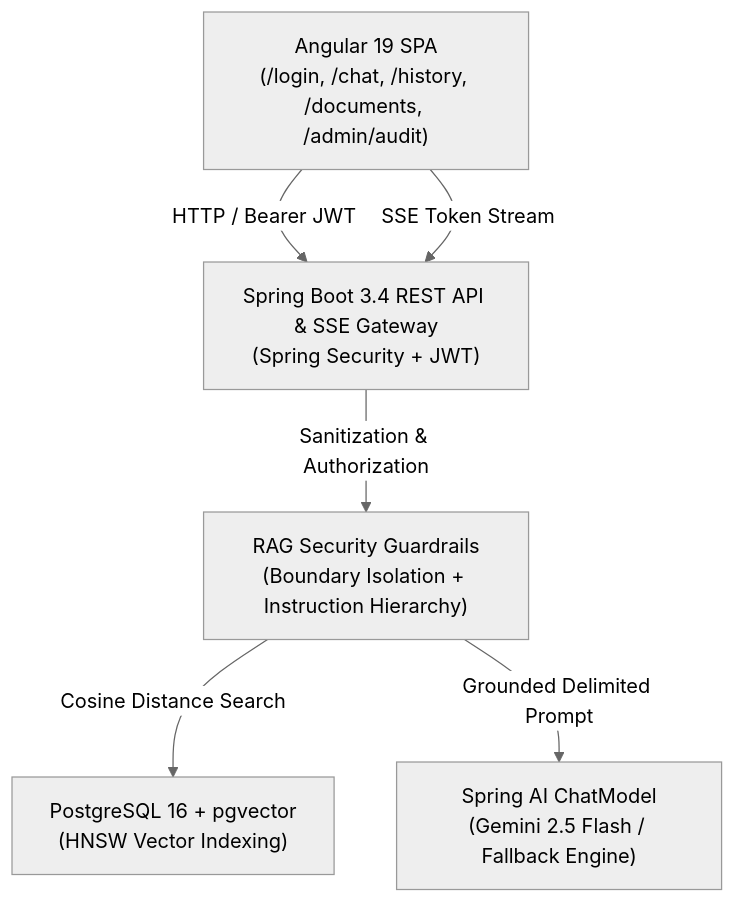
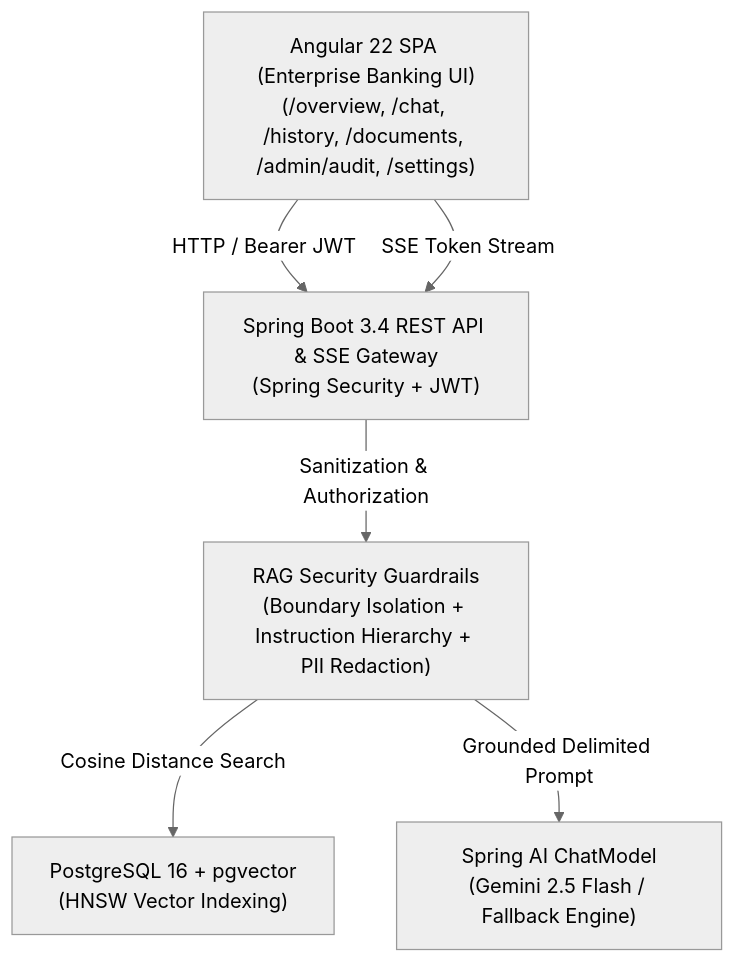
The first of 2 diagrams in README.md (204g1a0551/aml-policy-guardian), drawn with Mermaid (neutral theme) before and after one commit. The commit also changed other lines of this file and 16 other files, not shown here.

Commit message:
feat(ui): complete final enterprise banking UI/UX redesign for AML assistant

````diff
--- a/README.md
+++ b/README.md
@@ -85,14 +85,14 @@
 ```mermaid
 flowchart TD
-    Client["Angular 19 SPA\n(/login, /chat, /history, /documents, /admin/audit)"]
+    Client["Angular 22 SPA (Enterprise Banking UI)\n(/overview, /chat, /history, /documents, /admin/audit, /settings)"]
     API["Spring Boot 3.4 REST API & SSE Gateway\n(Spring Security + JWT)"]
-    Guard["RAG Security Guardrails\n(Boundary Isolation + Instruction Hierarchy)"]
+    Guard["RAG Security Guardrails\n(Boundary Isolation + Instruction Hierarchy + PII Redaction)"]
     PG["PostgreSQL 16 + pgvector\n(HNSW Vector Indexing)"]
     LLM["Spring AI ChatModel\n(Gemini 2.5 Flash / Fallback Engine)"]
 
     Client -->|HTTP / Bearer JWT| API
     Client -->|SSE Token Stream| API
     API -->|Sanitization & Authorization| Guard
     Guard -->|Cosine Distance Search| PG
     Guard -->|Grounded Delimited Prompt| LLM
 ```
````
